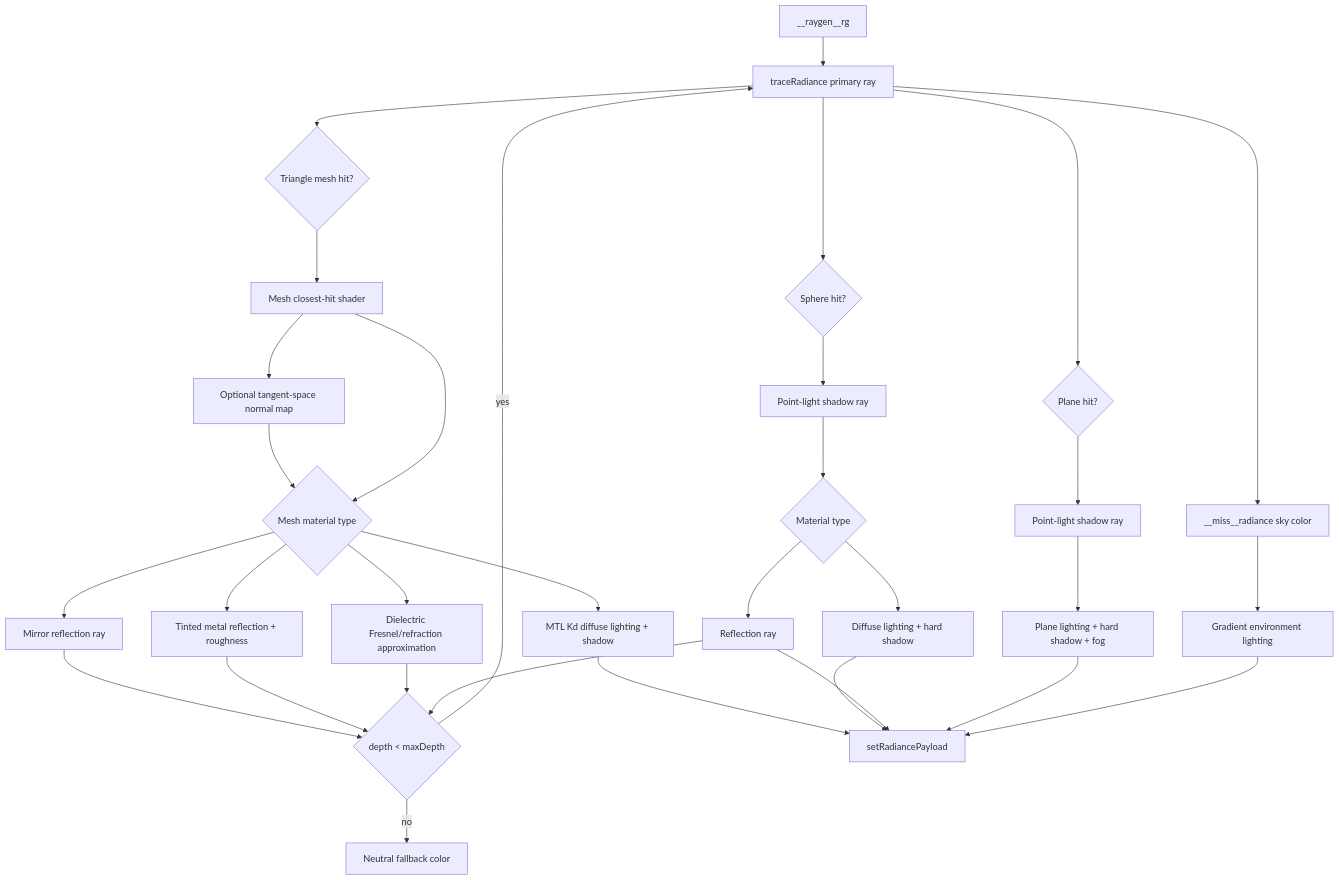
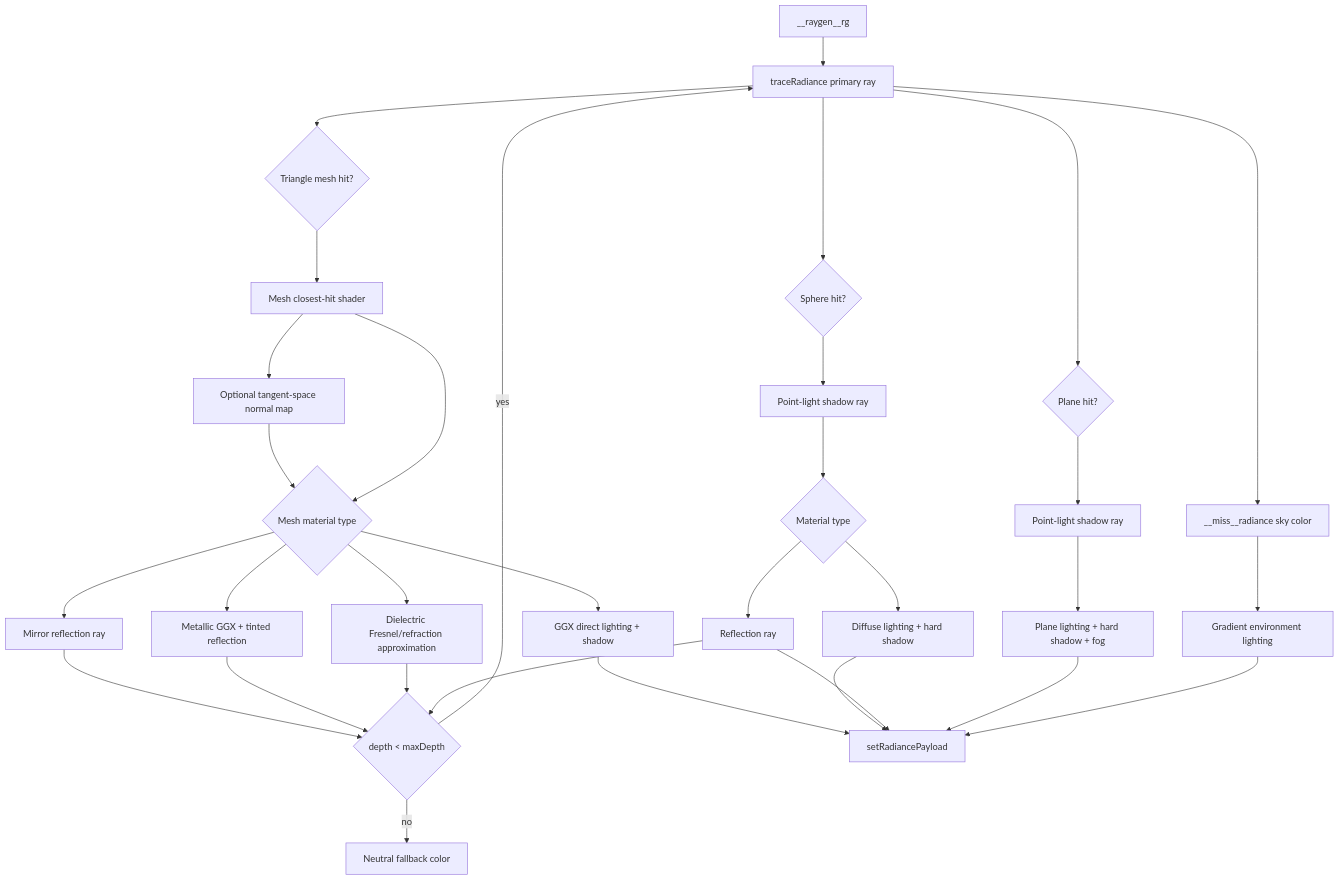
One commit to Tundraws/RayTracer changed the third of 4 diagrams in RayTracerRTX/docs/architecture.md. Above: the diagram before and after it, drawn with Mermaid. The commit also changed 7 other files, not shown here.

````diff
--- a/RayTracerRTX/docs/architecture.md
+++ b/RayTracerRTX/docs/architecture.md
@@ -76,34 +76,34 @@
 ```mermaid
 flowchart TD
     RG["__raygen__rg"] --> Primary["traceRadiance primary ray"]
     Primary --> HitSphere{"Sphere hit?"}
     Primary --> HitMesh{"Triangle mesh hit?"}
     Primary --> HitPlane{"Plane hit?"}
     Primary --> Miss["__miss__radiance sky color"]
     Miss --> Environment["Gradient environment lighting"]
     HitSphere --> Shadow["Point-light shadow ray"]
     HitMesh --> MeshClosestHit["Mesh closest-hit shader"]
     MeshClosestHit --> NormalMap["Optional tangent-space normal map"]
     NormalMap --> MeshMaterial
     MeshClosestHit --> MeshMaterial{"Mesh material type"}
-    MeshMaterial --> MeshDiffuse["MTL Kd diffuse lighting + shadow"]
+    MeshMaterial --> MeshDiffuse["GGX direct lighting + shadow"]
     MeshMaterial --> MeshMirror["Mirror reflection ray"]
-    MeshMaterial --> MeshMetal["Tinted metal reflection + roughness"]
+    MeshMaterial --> MeshMetal["Metallic GGX + tinted reflection"]
     MeshMaterial --> MeshGlass["Dielectric Fresnel/refraction approximation"]
     MeshMirror --> Depth
     MeshMetal --> Depth
     MeshGlass --> Depth
     MeshDiffuse --> Output
     Shadow --> Material{"Material type"}
     Material --> Diffuse["Diffuse lighting + hard shadow"]
     Material --> Mirror["Reflection ray"]
     Mirror --> Depth{"depth < maxDepth"}
     Depth -->|yes| Primary
     Depth -->|no| Fallback["Neutral fallback color"]
     HitPlane --> PlaneShadow["Point-light shadow ray"]
     PlaneShadow --> PlaneLight["Plane lighting + hard shadow + fog"]
     Diffuse --> Output["setRadiancePayload"]
     Mirror --> Output
     PlaneLight --> Output
     Environment --> Output
 ```
````
